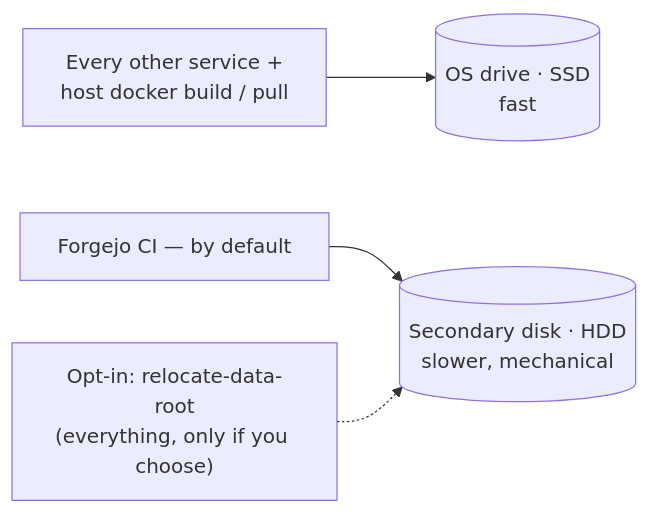
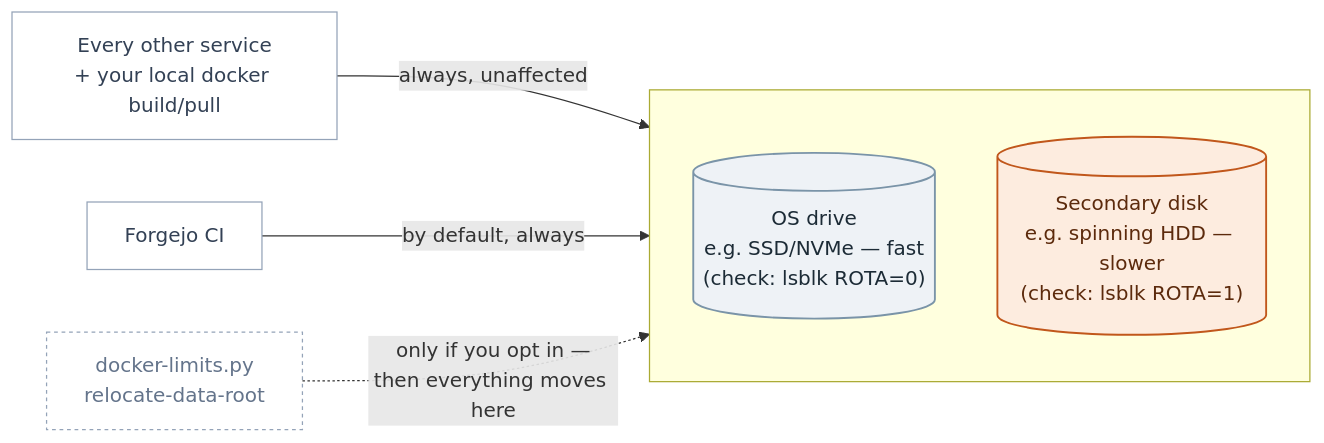
The second of 2 diagrams in docs/services/forgejo.md (rajubhimani/homeserver), drawn with Mermaid before and after one commit. The commit also changed other lines of this file, not shown here.

First line of the commit message:
docs(forgejo): color and detail the CI isolation diagrams

````diff
--- a/docs/services/forgejo.md
+++ b/docs/services/forgejo.md
@@ -120,8 +137,21 @@
 ```mermaid
 flowchart LR
-    OSD[("OS drive · SSD<br/>fast")]
-    SEC[("Secondary disk · HDD<br/>slower, mechanical")]
-    Other["Every other service +<br/>host docker build / pull"] --> OSD
-    CIJ["Forgejo CI — by default"] --> SEC
-    Whole["Opt-in: relocate-data-root<br/>(everything, only if you choose)"] -.-> SEC
+    subgraph disks[" "]
+        direction TB
+        OSD[("OS drive<br/>e.g. SSD/NVMe — fast<br/>(check: lsblk ROTA=0)")]
+        SEC[("Secondary disk<br/>e.g. spinning HDD — slower<br/>(check: lsblk ROTA=1)")]
+    end
+
+    Other["Every other service<br/>+ your local docker build/pull"] -->|"always, unaffected"| OSD
+    CIJ["Forgejo CI"] -->|"by default, always"| SEC
+    Whole["docker-limits.py<br/>relocate-data-root"] -.->|"only if you opt in —<br/>then everything moves here"| SEC
+
+    classDef fastDisk fill:#eef2f6,stroke:#7a94a8,color:#1c2b36,stroke-width:1.5px;
+    classDef slowDisk fill:#fdecdf,stroke:#c1571b,color:#5c2a0c,stroke-width:1.5px;
+    classDef client fill:none,stroke:#94a3b8,color:#334155;
+    classDef optIn fill:none,stroke:#94a3b8,stroke-dasharray: 3 3,color:#64748b;
+    class OSD fastDisk;
+    class SEC slowDisk;
+    class Other,CIJ client;
+    class Whole optIn;
 ```
````
